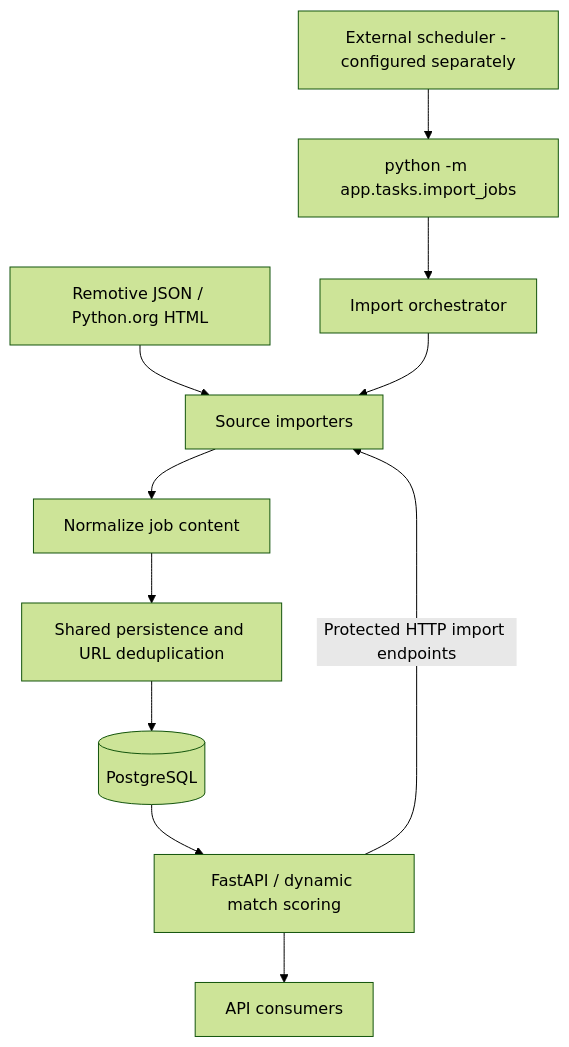
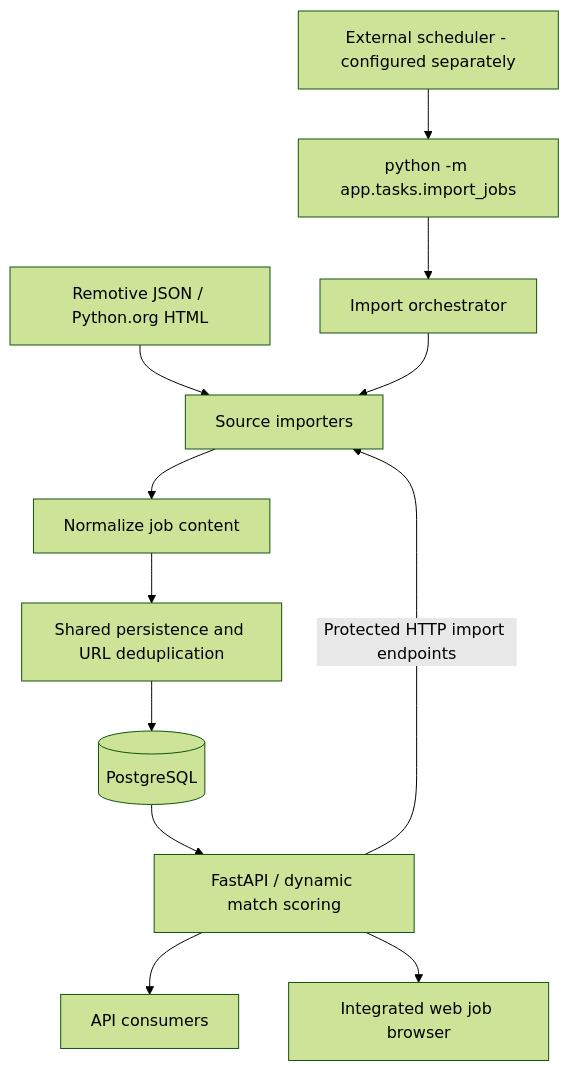
Before and after one commit to SrMetus/job-radar: the diagram in README.md, drawn with Mermaid (forest theme). The commit also changed other lines of this file and 6 other files, not shown here.

````diff
--- a/README.md
+++ b/README.md
@@ -23,13 +24,14 @@
 ```mermaid
 flowchart TD
     Sources[Remotive JSON / Python.org HTML] --> Importers[Source importers]
     Importers --> Normalize[Normalize job content]
     Normalize --> Persist[Shared persistence and URL deduplication]
     Persist --> DB[(PostgreSQL)]
     DB --> API[FastAPI / dynamic match scoring]
     API --> Consumers[API consumers]
+    API --> Web[Integrated web job browser]
     Scheduler[External scheduler - configured separately] --> CLI[python -m app.tasks.import_jobs]
     CLI --> Runner[Import orchestrator]
     Runner --> Importers
     API -->|Protected HTTP import endpoints| Importers
 ```
````
